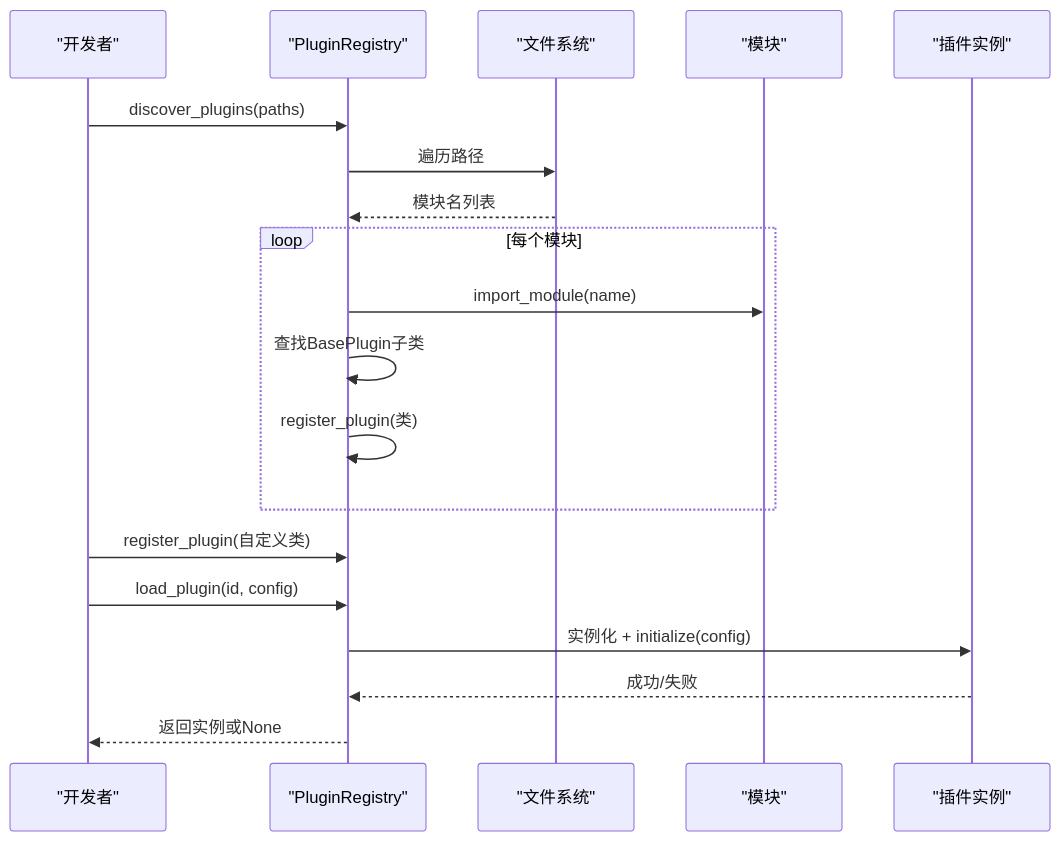
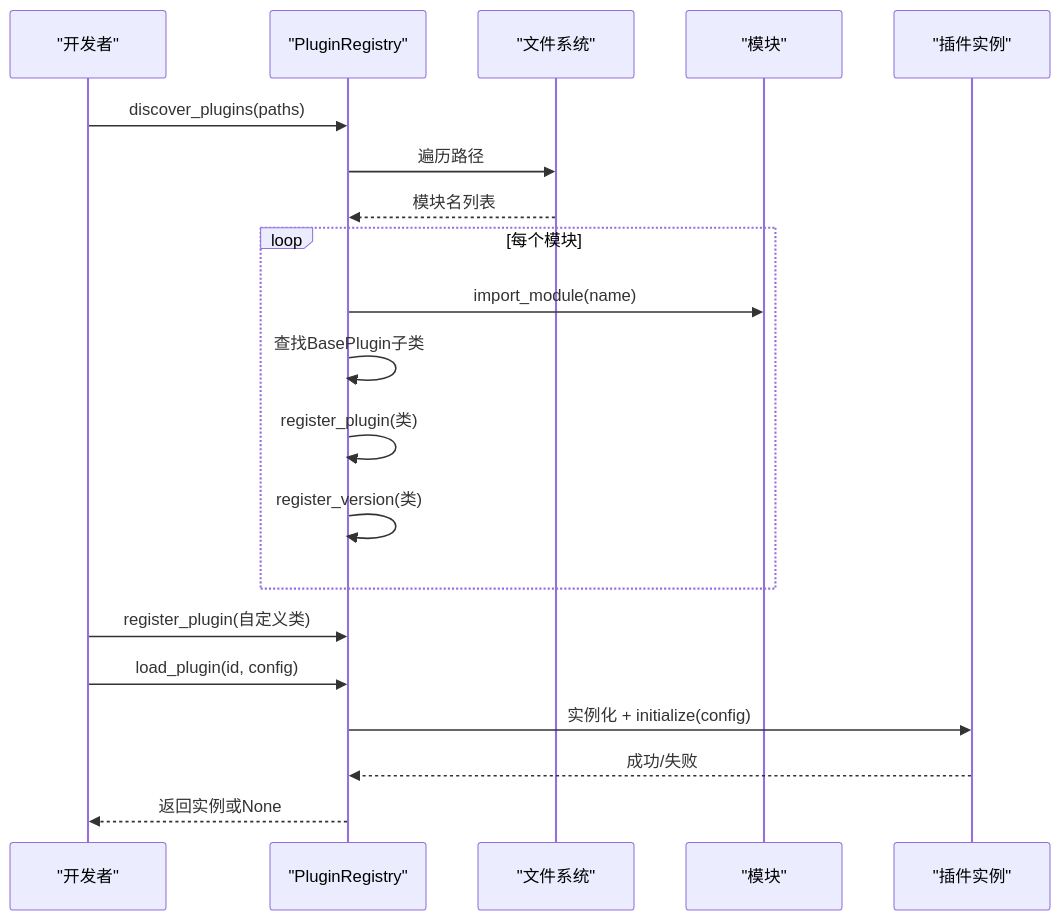
Before and after one commit to JieGaoPrinceton/NecoRAG: the fourth of 6 diagrams in .qoder/repowiki/zh/content/插件扩展系统.md, drawn with Mermaid. The commit also changed other lines of this file and 70 other files, not shown here.

````diff
--- a/.qoder/repowiki/zh/content/插件扩展系统.md
+++ b/.qoder/repowiki/zh/content/插件扩展系统.md
@@ -174,21 +244,22 @@
 ```mermaid
 sequenceDiagram
 participant Dev as "开发者"
 participant Reg as "PluginRegistry"
 participant FS as "文件系统"
 participant Mod as "模块"
 participant Inst as "插件实例"
 Dev->>Reg : discover_plugins(paths)
 Reg->>FS : 遍历路径
 FS-->>Reg : 模块名列表
 loop 每个模块
 Reg->>Mod : import_module(name)
 Reg->>Reg : 查找BasePlugin子类
 Reg->>Reg : register_plugin(类)
+Reg->>Reg : register_version(类)
 end
 Dev->>Reg : register_plugin(自定义类)
 Dev->>Reg : load_plugin(id, config)
 Reg->>Inst : 实例化 + initialize(config)
 Inst-->>Reg : 成功/失败
 Reg-->>Dev : 返回实例或None
 ```
````
